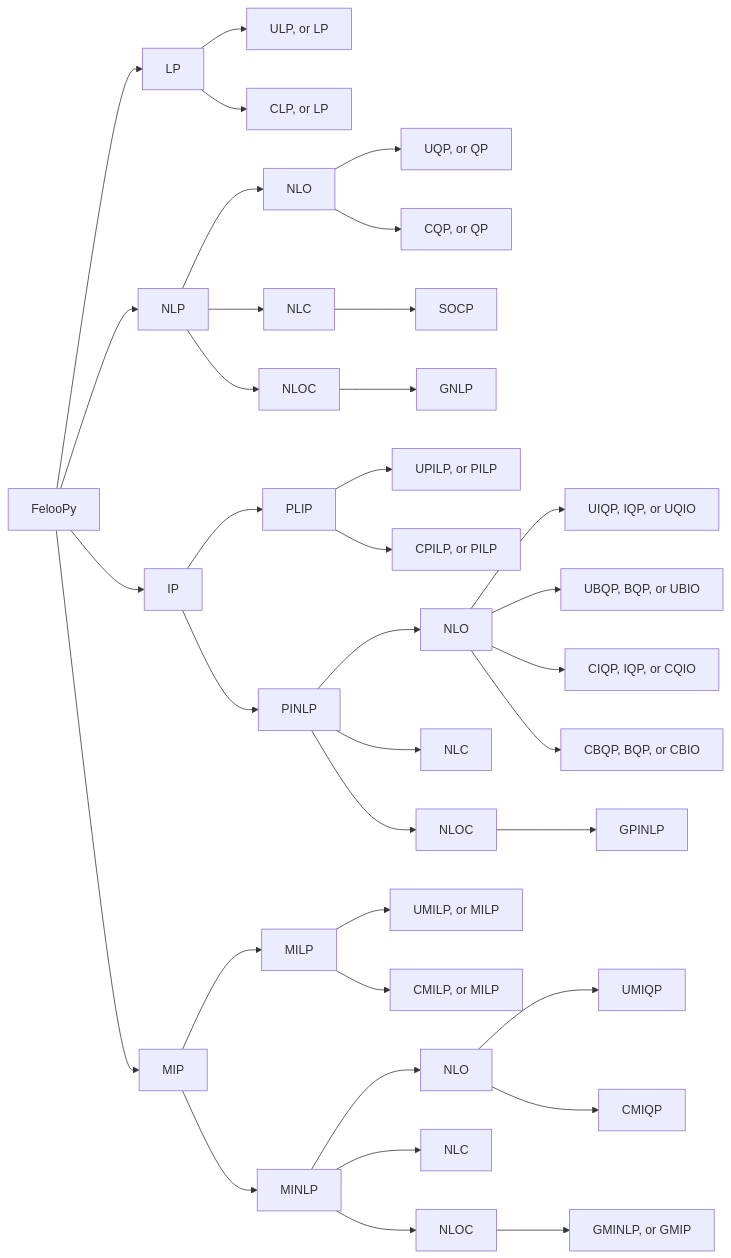
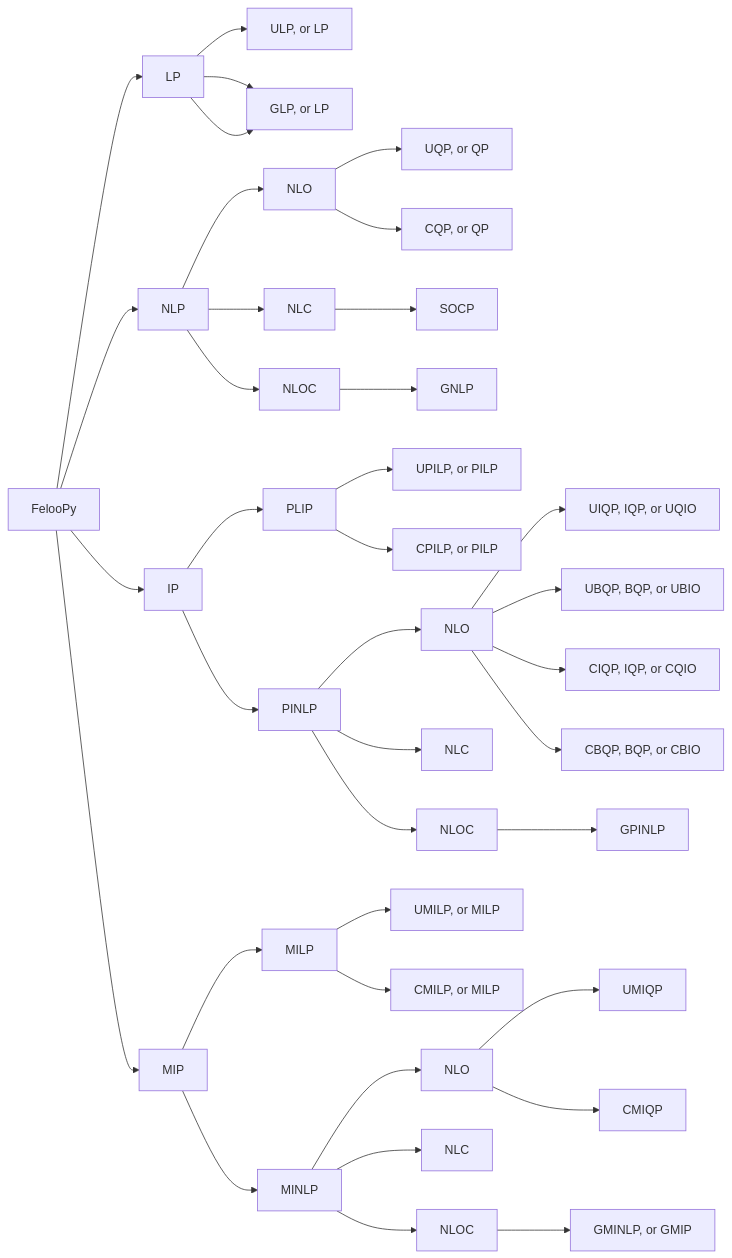
The diagram in README.md (ktafakkori/feloopy), drawn with Mermaid before and after one commit. The commit also changed other lines of this file, not shown here.

Commit message:
revised files.

````diff
--- a/README.md
+++ b/README.md
@@ -78,38 +79,39 @@
 ```mermaid
 graph LR 
  CLASS["FelooPy"] --> A["LP"]
  CLASS["FelooPy"] --> B["NLP"]
  CLASS["FelooPy"] --> C["IP"]
  CLASS["FelooPy"] --> D["MIP"]
  A["LP"] --> A1["ULP, or LP"]
  A["LP"] --> A2["CLP, or LP"]
+ A["LP"] --> A2["GLP, or LP"]
  B["NLP"] --> B1["NLO"]
  B1["NLO"] --> B11["UQP, or QP"]
  B1["NLO"] --> B12["CQP, or QP"]
  B["NLP"] --> B2["NLC"]
  B2["NLC"] --> B21["SOCP"]
  B["NLP"] --> B3["NLOC"]
  B3["NLOC"] --> B31["GNLP"]
  C["IP"] --> C1["PILP"]
  C1["PLIP"] --> C11["UPILP, or PILP"]
  C1["PLIP"] --> C12["CPILP, or PILP"]
  C["IP"] --> C2["PINLP"]
  C2["PINLP"] --> C21["NLO"]
  C21["NLO"] --> C211["UIQP, IQP, or UQIO"]
  C21["NLO"] --> C212["UBQP, BQP, or UBIO"]
  C21["NLO"] --> C213["CIQP, IQP, or CQIO"]
  C21["NLO"] --> C214["CBQP, BQP, or CBIO"]
  C2["PINLP"] --> C22["NLC"]
  C2["PINLP"] --> C23["NLOC"]
  C23["NLOC"] --> C231["GPINLP"]
  D["MIP"] --> D1["MILP"]  
  D1["MILP"] --> D11["UMILP, or MILP"]
  D1["MILP"] --> D12["CMILP, or MILP"]
  D["MIP"] --> D2["MINLP"]  
  D2["MINLP"] --> D21["NLO"]
  D21["NLO"] --> D211["UMIQP"]
  D21["NLO"] --> D212["CMIQP"]
  D2["MINLP"] --> D22["NLC"]
  D2["MINLP"] --> D23["NLOC"]
  D23["NLOC"] --> D231["GMINLP, or GMIP"]
 ```
````
